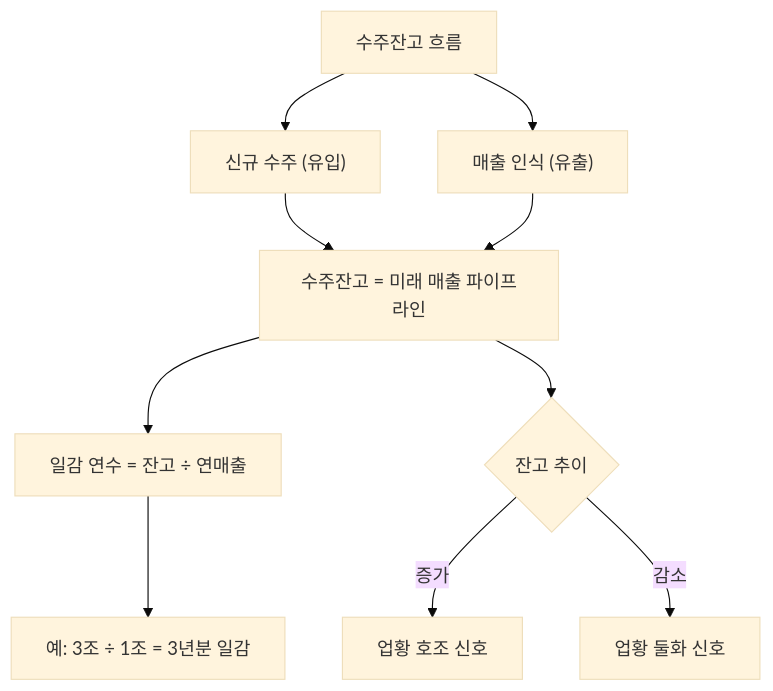
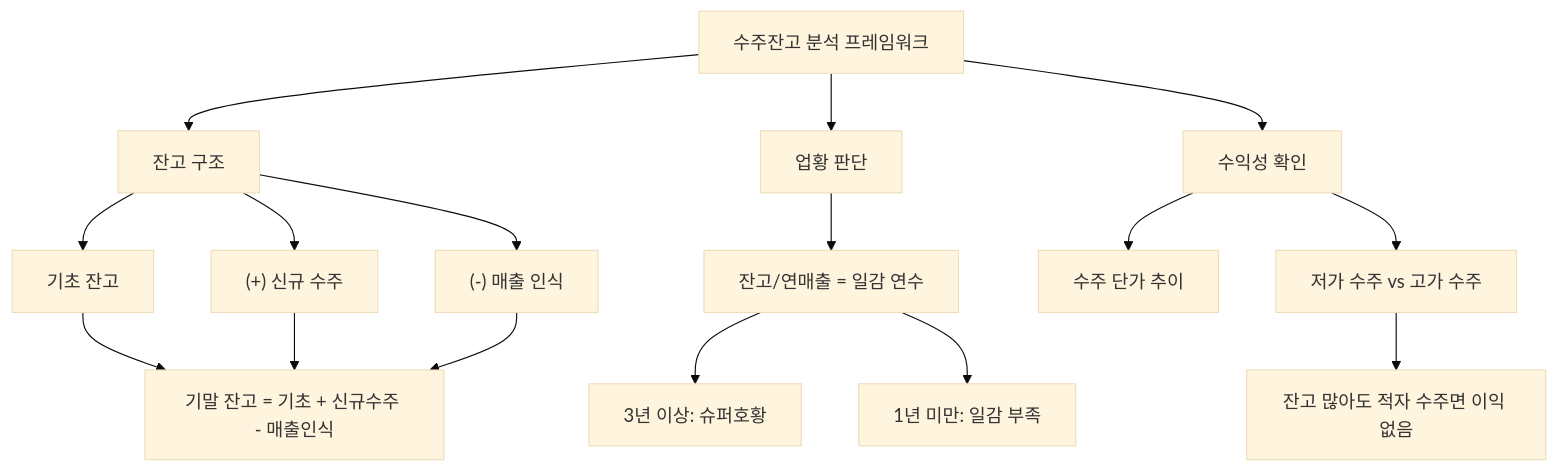
The diagram in content/stock-terms/ko/level-09-strategy-risk/order-backlog.md (yeongseon/stock-visual-note), drawn with Mermaid (base theme) before and after one commit. The commit also changed other lines of this file and 9 other files, not shown here.

Commit message:
content: rewrite level-09 (10 articles) — richer diagrams, realistic scenarios, blog tone

````diff
--- a/content/stock-terms/ko/level-09-strategy-risk/order-backlog.md
+++ b/content/stock-terms/ko/level-09-strategy-risk/order-backlog.md
@@ -42,13 +43,19 @@
 ```mermaid
 graph TD
-    A["수주잔고 흐름"]
-    A --> B["신규 수주 (유입)"]
-    A --> C["매출 인식 (유출)"]
-    B --> D["수주잔고 = 미래 매출 파이프라인"]
-    C --> D
-    D --> E["일감 연수 = 잔고 ÷ 연매출"]
-    E --> F["예: 3조 ÷ 1조 = 3년분 일감"]
-    D --> G{"잔고 추이"}
-    G -->|"증가"| H["업황 호조 신호"]
-    G -->|"감소"| I["업황 둘화 신호"]
+    A["수주잔고 분석 프레임워크"]
+    A --> B["잔고 구조"]
+    A --> C["업황 판단"]
+    A --> D["수익성 확인"]
+    B --> B1["기초 잔고"]
+    B --> B2["(+) 신규 수주"]
+    B --> B3["(-) 매출 인식"]
+    B1 --> B4["기말 잔고 = 기초 + 신규수주 - 매출인식"]
+    B2 --> B4
+    B3 --> B4
+    C --> C1["잔고/연매출 = 일감 연수"]
+    C1 --> C2["3년 이상: 슈퍼호황"]
+    C1 --> C3["1년 미만: 일감 부족"]
+    D --> D1["수주 단가 추이"]
+    D --> D2["저가 수주 vs 고가 수주"]
+    D2 --> D3["잔고 많아도 적자 수주면 이익 없음"]
 ```
````
